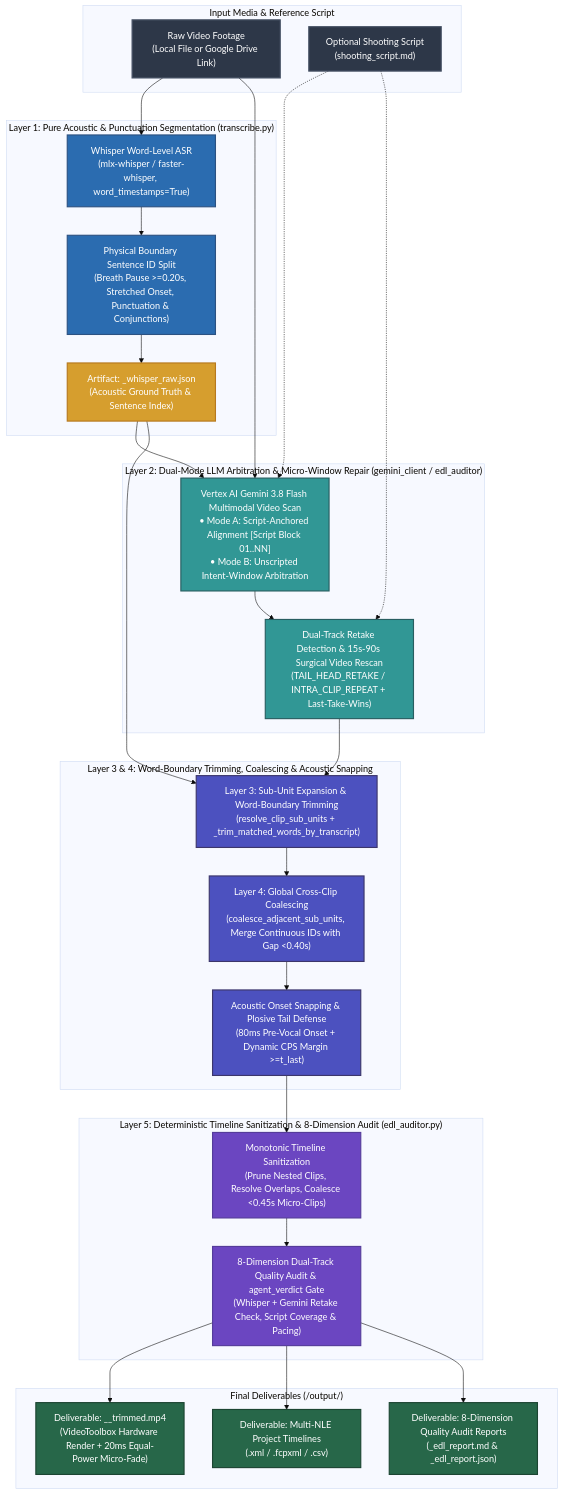
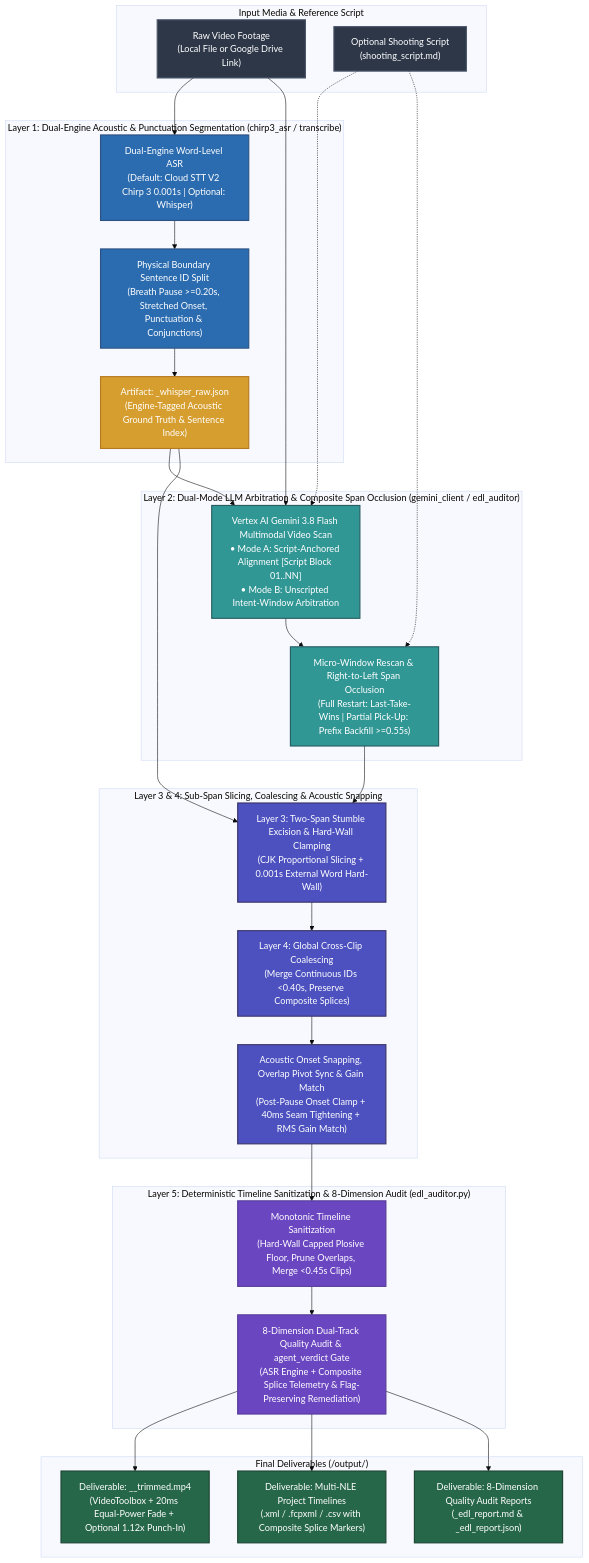
One commit to sylphlin/video-trimmer changed the diagram in README.md. Above: the diagram before and after it, drawn with Mermaid (base theme). The commit also changed other lines of this file and 28 other files, not shown here.

Commit message:
feat: add Chirp 3 default ASR, composite pick-up backfill, and coalesced LLM micro-window arbitration

````diff
--- a/README.md
+++ b/README.md
@@ -20,59 +20,59 @@
 ```mermaid
 flowchart TD
     classDef inputStyle fill:#2D3748,stroke:#4A5568,stroke-width:2px,color:#fff;
     classDef stage1Style fill:#2B6CB0,stroke:#2C5282,stroke-width:2px,color:#fff;
     classDef stage2Style fill:#319795,stroke:#285E61,stroke-width:2px,color:#fff;
     classDef stage3Style fill:#4C51BF,stroke:#3C366B,stroke-width:2px,color:#fff;
     classDef stage4Style fill:#6B46C1,stroke:#553C9A,stroke-width:2px,color:#fff;
     classDef artifactStyle fill:#D69E2E,stroke:#B7791F,stroke-width:2px,color:#fff;
     classDef outputStyle fill:#276749,stroke:#1C4532,stroke-width:2px,color:#fff;
 
     subgraph Inputs["Input Media & Reference Script"]
         IN["Raw Video Footage<br/>(Local File or Google Drive Link)"]:::inputStyle
         SC["Optional Shooting Script<br/>(shooting_script.md)"]:::inputStyle
     end
 
-    subgraph L1["Layer 1: Pure Acoustic & Punctuation Segmentation (transcribe.py)"]
-        W_ASR["Whisper Word-Level ASR<br/>(mlx-whisper / faster-whisper, word_timestamps=True)"]:::stage1Style
+    subgraph L1["Layer 1: Dual-Engine Acoustic & Punctuation Segmentation (chirp3_asr / transcribe)"]
+        W_ASR["Dual-Engine Word-Level ASR<br/>(Default: Cloud STT V2 Chirp 3 0.001s | Optional: Whisper)"]:::stage1Style
         S_SEG["Physical Boundary Sentence ID Split<br/>(Breath Pause >=0.20s, Stretched Onset, Punctuation & Conjunctions)"]:::stage1Style
-        W_JSON["Artifact: <basename>_whisper_raw.json<br/>(Acoustic Ground Truth & Sentence Index)"]:::artifactStyle
+        W_JSON["Artifact: <basename>_whisper_raw.json<br/>(Engine-Tagged Acoustic Ground Truth & Sentence Index)"]:::artifactStyle
         W_ASR --> S_SEG --> W_JSON
     end
 
-    subgraph L2["Layer 2: Dual-Mode LLM Arbitration & Micro-Window Repair (gemini_client / edl_auditor)"]
+    subgraph L2["Layer 2: Dual-Mode LLM Arbitration & Composite Span Occlusion (gemini_client / edl_auditor)"]
         MODE["Vertex AI Gemini 3.8 Flash Multimodal Video Scan<br/>• Mode A: Script-Anchored Alignment [Script Block 01..NN]<br/>• Mode B: Unscripted Intent-Window Arbitration"]:::stage2Style
-        REPAIR["Dual-Track Retake Detection & 15s-90s Surgical Video Rescan<br/>(TAIL_HEAD_RETAKE / INTRA_CLIP_REPEAT + Last-Take-Wins)"]:::stage2Style
+        REPAIR["Micro-Window Rescan & Right-to-Left Span Occlusion<br/>(Full Restart: Last-Take-Wins | Partial Pick-Up: Prefix Backfill >=0.55s)"]:::stage2Style
         MODE --> REPAIR
     end
 
-    subgraph L3_L4["Layer 3 & 4: Word-Boundary Trimming, Coalescing & Acoustic Snapping"]
-        L3["Layer 3: Sub-Unit Expansion & Word-Boundary Trimming<br/>(resolve_clip_sub_units + _trim_matched_words_by_transcript)"]:::stage3Style
-        L4["Layer 4: Global Cross-Clip Coalescing<br/>(coalesce_adjacent_sub_units, Merge Continuous IDs with Gap <0.40s)"]:::stage3Style
-        AC["Acoustic Onset Snapping & Plosive Tail Defense<br/>(80ms Pre-Vocal Onset + Dynamic CPS Margin >=t_last)"]:::stage3Style
+    subgraph L3_L4["Layer 3 & 4: Sub-Span Slicing, Coalescing & Acoustic Snapping"]
+        L3["Layer 3: Two-Span Stumble Excision & Hard-Wall Clamping<br/>(CJK Proportional Slicing + 0.001s External Word Hard-Wall)"]:::stage3Style
+        L4["Layer 4: Global Cross-Clip Coalescing<br/>(Merge Continuous IDs <0.40s, Preserve Composite Splices)"]:::stage3Style
+        AC["Acoustic Onset Snapping, Overlap Pivot Sync & Gain Match<br/>(Post-Pause Onset Clamp + 40ms Seam Tightening + RMS Gain Match)"]:::stage3Style
         L3 --> L4 --> AC
     end
 
     subgraph L5["Layer 5: Deterministic Timeline Sanitization & 8-Dimension Audit (edl_auditor.py)"]
-        SAN["Monotonic Timeline Sanitization<br/>(Prune Nested Clips, Resolve Overlaps, Coalesce <0.45s Micro-Clips)"]:::stage4Style
-        AUD["8-Dimension Dual-Track Quality Audit & agent_verdict Gate<br/>(Whisper + Gemini Retake Check, Script Coverage & Pacing)"]:::stage4Style
+        SAN["Monotonic Timeline Sanitization<br/>(Hard-Wall Capped Plosive Floor, Prune Overlaps, Merge <0.45s Clips)"]:::stage4Style
+        AUD["8-Dimension Dual-Track Quality Audit & agent_verdict Gate<br/>(ASR Engine + Composite Splice Telemetry & Flag-Preserving Remediation)"]:::stage4Style
         SAN --> AUD
     end
 
     subgraph Deliverables["Final Deliverables (<input_dir>/output/)"]
-        OUT_MP4["Deliverable: <basename>_<tag>_trimmed.mp4<br/>(VideoToolbox Hardware Render + 20ms Equal-Power Micro-Fade)"]:::outputStyle
-        OUT_NLE["Deliverable: Multi-NLE Project Timelines<br/>(.xml / .fcpxml / .csv)"]:::outputStyle
+        OUT_MP4["Deliverable: <basename>_<tag>_trimmed.mp4<br/>(VideoToolbox + 20ms Equal-Power Fade + Optional 1.12x Punch-In)"]:::outputStyle
+        OUT_NLE["Deliverable: Multi-NLE Project Timelines<br/>(.xml / .fcpxml / .csv with Composite Splice Markers)"]:::outputStyle
         OUT_REP["Deliverable: 8-Dimension Quality Audit Reports<br/>(_edl_report.md & _edl_report.json)"]:::outputStyle
     end
 
     IN --> W_ASR
     IN --> MODE
     SC -.-> MODE
     W_JSON --> MODE
     SC -.-> REPAIR
     REPAIR --> L3
     W_JSON --> L3
     AC --> SAN
     AUD --> OUT_MP4
     AUD --> OUT_NLE
     AUD --> OUT_REP
 ```
````
